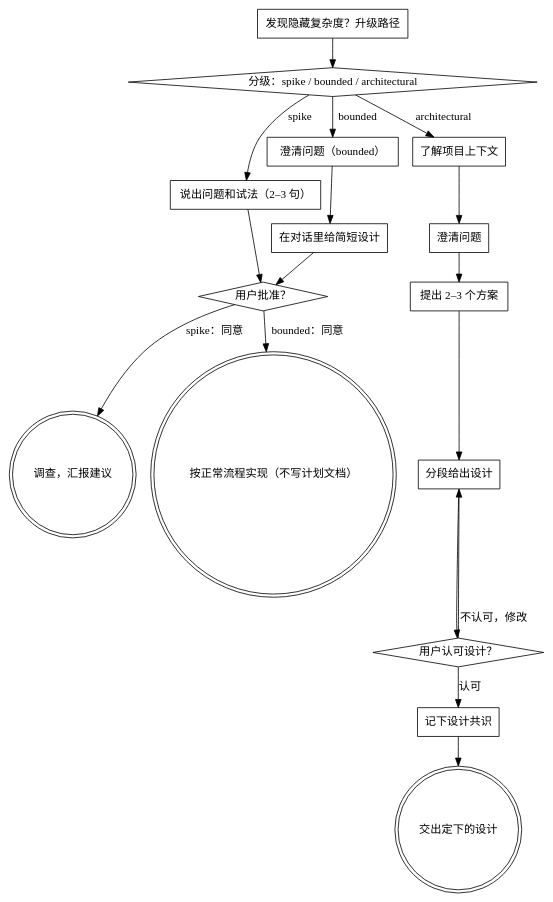
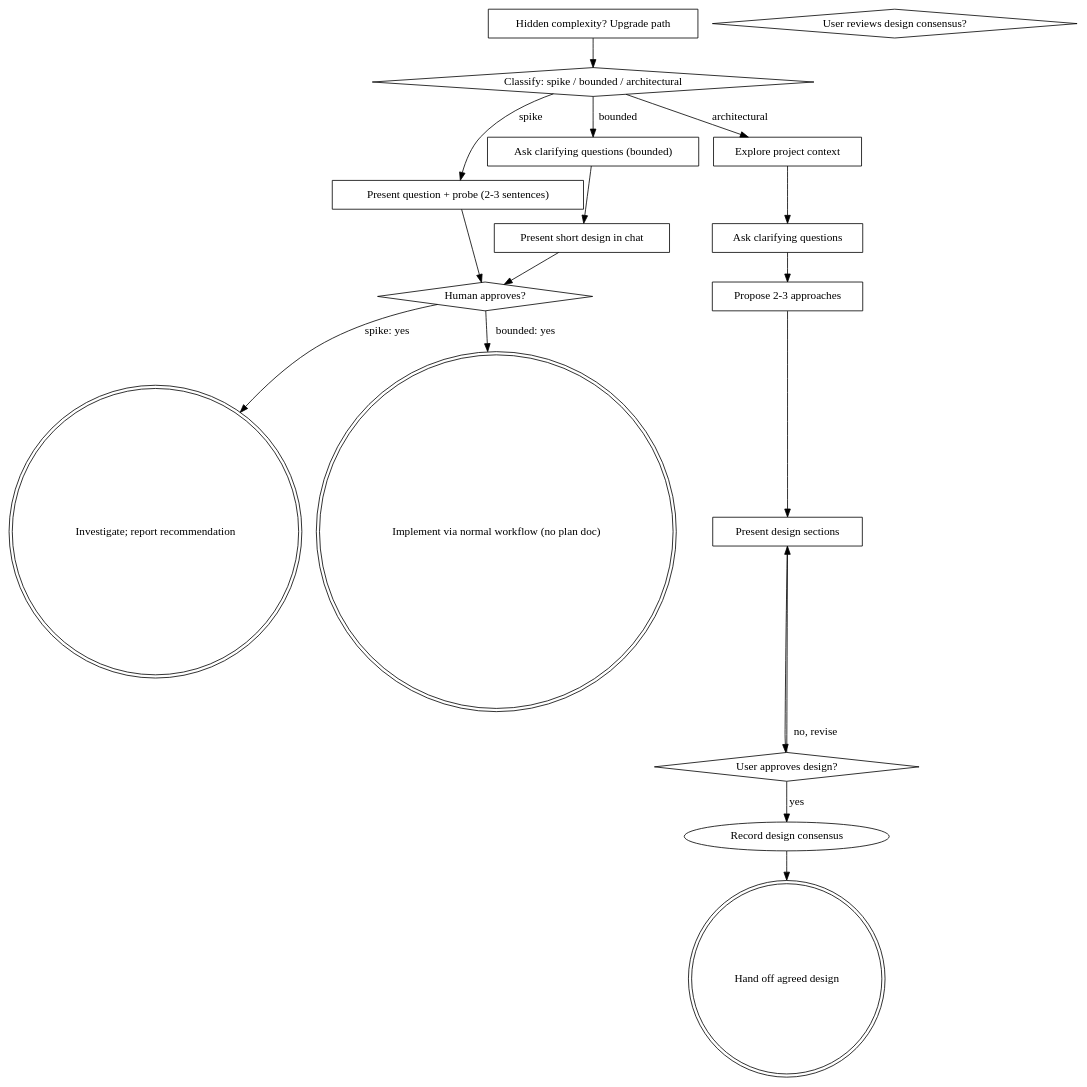
Before and after one commit to fixcode-h/agent-panel: the diagram in skills/workflow/brainstorming/SKILL.md, drawn with Graphviz. The commit also changed 2 other files, not shown here.

Commit message:
brainstorming 流程图和技能里的代码块恢复英文原文
改进：自带技能 — brainstorming 的流程图、verification-before-completion 的代码示例恢复英文原文，只保留正文的中文翻译
内部：教训 — 翻译技能只译正文，代码块不译，弹不弹窗交给面板

Claude-Session: https://claude.ai/code/session_01AvPrUHXxLAugkuvoZ4YzT9

````diff
--- a/skills/workflow/brainstorming/SKILL.md
+++ b/skills/workflow/brainstorming/SKILL.md
@@ -78,36 +78,36 @@
 ```dot
 digraph brainstorming {
-    "分级：spike / bounded / architectural" [shape=diamond];
-    "说出问题和试法（2–3 句）" [shape=box];
-    "澄清问题（bounded）" [shape=box];
-    "在对话里给简短设计" [shape=box];
-    "用户批准？" [shape=diamond];
-    "调查，汇报建议" [shape=doublecircle];
-    "按正常流程实现（不写计划文档）" [shape=doublecircle];
-    "了解项目上下文" [shape=box];
-    "澄清问题" [shape=box];
-    "提出 2–3 个方案" [shape=box];
-    "分段给出设计" [shape=box];
-    "用户认可设计？" [shape=diamond];
-    "记下设计共识" [shape=box];
-    "交出定下的设计" [shape=doublecircle];
-    "发现隐藏复杂度？升级路径" [shape=box];
+    "Classify: spike / bounded / architectural" [shape=diamond];
+    "Present question + probe (2-3 sentences)" [shape=box];
+    "Ask clarifying questions (bounded)" [shape=box];
+    "Present short design in chat" [shape=box];
+    "Human approves?" [shape=diamond];
+    "Investigate; report recommendation" [shape=doublecircle];
+    "Implement via normal workflow (no plan doc)" [shape=doublecircle];
+    "Explore project context" [shape=box];
+    "Ask clarifying questions" [shape=box];
+    "Propose 2-3 approaches" [shape=box];
+    "Present design sections" [shape=box];
+    "User approves design?" [shape=diamond];
+    "User reviews design consensus?" [shape=diamond];
+    "Hand off agreed design" [shape=doublecircle];
+    "Hidden complexity? Upgrade path" [shape=box];
 
-    "分级：spike / bounded / architectural" -> "说出问题和试法（2–3 句）" [label="spike"];
-    "分级：spike / bounded / architectural" -> "澄清问题（bounded）" [label="bounded"];
-    "分级：spike / bounded / architectural" -> "了解项目上下文" [label="architectural"];
-    "说出问题和试法（2–3 句）" -> "用户批准？";
-    "澄清问题（bounded）" -> "在对话里给简短设计";
-    "在对话里给简短设计" -> "用户批准？";
-    "用户批准？" -> "调查，汇报建议" [label="spike：同意"];
-    "用户批准？" -> "按正常流程实现（不写计划文档）" [label="bounded：同意"];
-    "发现隐藏复杂度？升级路径" -> "分级：spike / bounded / architectural";
-    "了解项目上下文" -> "澄清问题";
-    "澄清问题" -> "提出 2–3 个方案";
-    "提出 2–3 个方案" -> "分段给出设计";
-    "分段给出设计" -> "用户认可设计？";
-    "用户认可设计？" -> "分段给出设计" [label="不认可，修改"];
-    "用户认可设计？" -> "记下设计共识" [label="认可"];
-    "记下设计共识" -> "交出定下的设计";
+    "Classify: spike / bounded / architectural" -> "Present question + probe (2-3 sentences)" [label="spike"];
+    "Classify: spike / bounded / architectural" -> "Ask clarifying questions (bounded)" [label="bounded"];
+    "Classify: spike / bounded / architectural" -> "Explore project context" [label="architectural"];
+    "Present question + probe (2-3 sentences)" -> "Human approves?";
+    "Ask clarifying questions (bounded)" -> "Present short design in chat";
+    "Present short design in chat" -> "Human approves?";
+    "Human approves?" -> "Investigate; report recommendation" [label="spike: yes"];
+    "Human approves?" -> "Implement via normal workflow (no plan doc)" [label="bounded: yes"];
+    "Hidden complexity? Upgrade path" -> "Classify: spike / bounded / architectural";
+    "Explore project context" -> "Ask clarifying questions";
+    "Ask clarifying questions" -> "Propose 2-3 approaches";
+    "Propose 2-3 approaches" -> "Present design sections";
+    "Present design sections" -> "User approves design?";
+    "User approves design?" -> "Present design sections" [label="no, revise"];
+"User approves design?" -> "Record design consensus" [label="yes"];
+"Record design consensus" -> "Hand off agreed design";
 }
 ```
````
